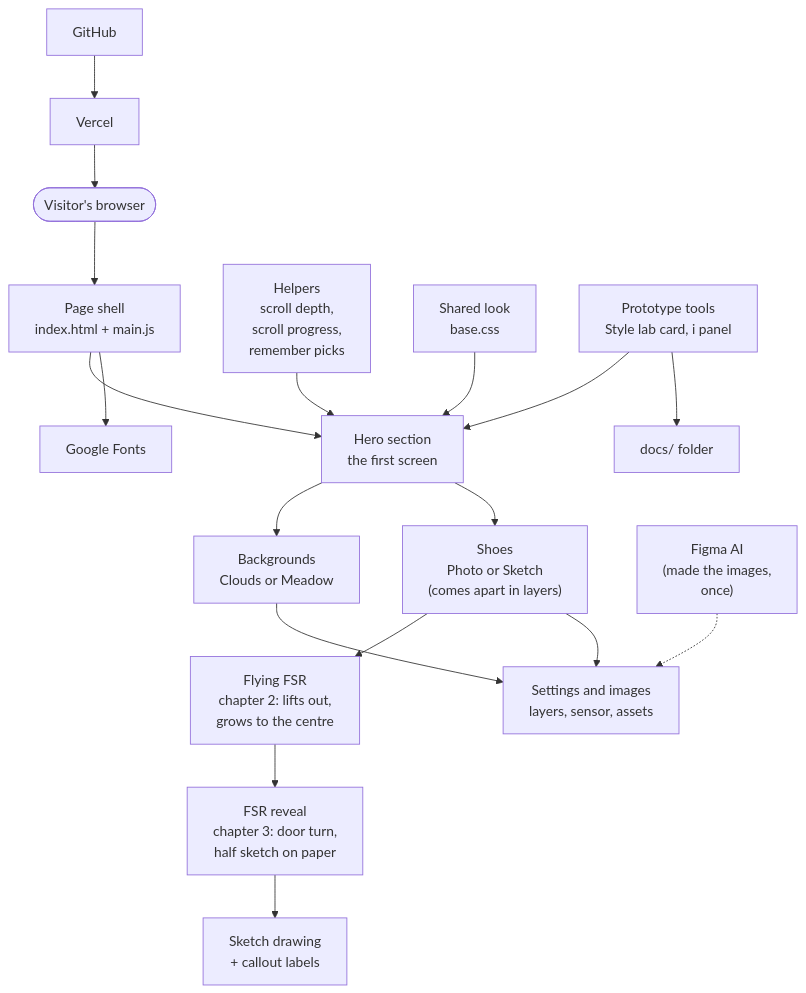
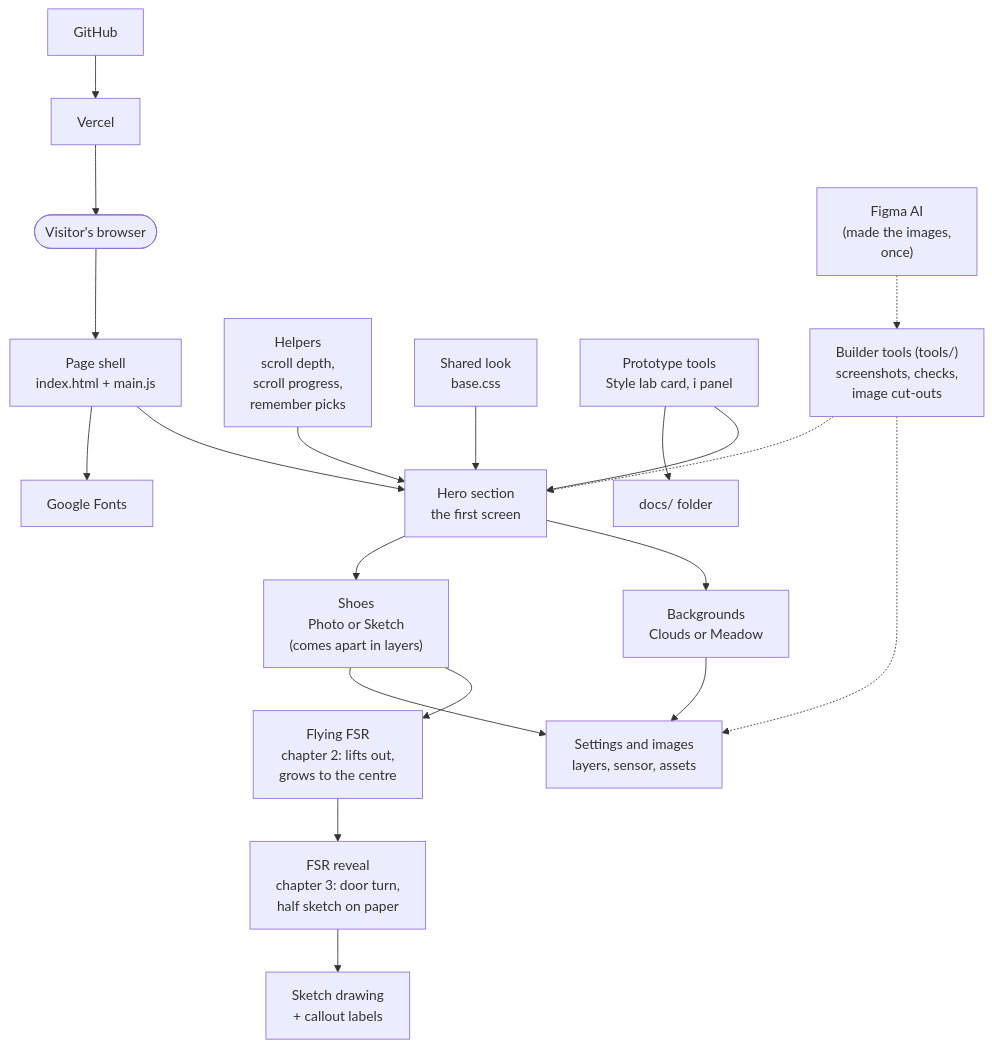
One commit to Veruzka/magic-shoes-presentation changed the diagram in docs/architecture.md. Above: the diagram before and after it, drawn with Mermaid. The commit also changed other lines of this file and 30 other files, not shown here.

Commit message:
Toolkit and playbooks: image tools, screenshot checks, AI originals, how-we-work, visual checks, glossary; checkpoint 3

````diff
--- a/docs/architecture.md
+++ b/docs/architecture.md
@@ -3,35 +3,37 @@
 ```mermaid
 flowchart TD
   visitor(["Visitor's browser"])
   page["Page shell<br/>index.html + main.js"]
   hero["Hero section<br/>the first screen"]
   bg["Backgrounds<br/>Clouds or Meadow"]
   shoe["Shoes<br/>Photo or Sketch<br/>(comes apart in layers)"]
   flight["Flying FSR<br/>chapter 2: lifts out,<br/>grows to the centre"]
   reveal["FSR reveal<br/>chapter 3: door turn,<br/>half sketch on paper"]
   sketch["Sketch drawing<br/>+ callout labels"]
   data["Settings and images<br/>layers, sensor, assets"]
   helpers["Helpers<br/>scroll depth,<br/>scroll progress,<br/>remember picks"]
   styles["Shared look<br/>base.css"]
   tools["Prototype tools<br/>Style lab card, i panel"]
   docs["docs/ folder"]
   github["GitHub"]
   vercel["Vercel"]
   fonts["Google Fonts"]
   figma["Figma AI<br/>(made the images,<br/>once)"]
+  devtools["Builder tools (tools/)<br/>screenshots, checks,<br/>image cut-outs"]
 
   visitor --> page --> hero
   hero --> bg
   hero --> shoe
   shoe --> flight
   flight --> reveal --> sketch
   bg --> data
   shoe --> data
   helpers --> hero
   styles --> hero
   tools --> hero
   tools --> docs
   page --> fonts
   github --> vercel --> visitor
-  figma -.-> data
+  figma -.-> devtools -.-> data
+  devtools -.-> hero
 ```
````
